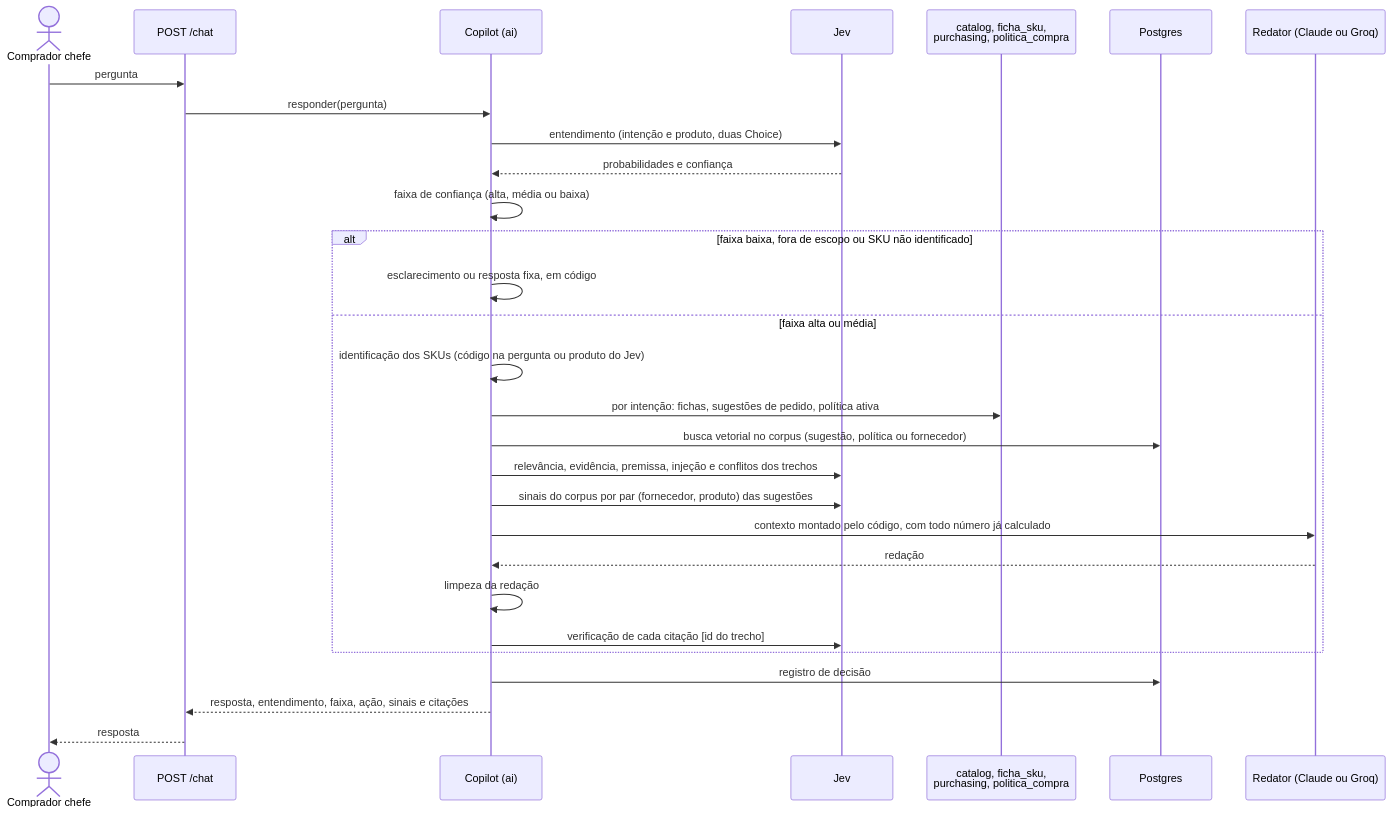
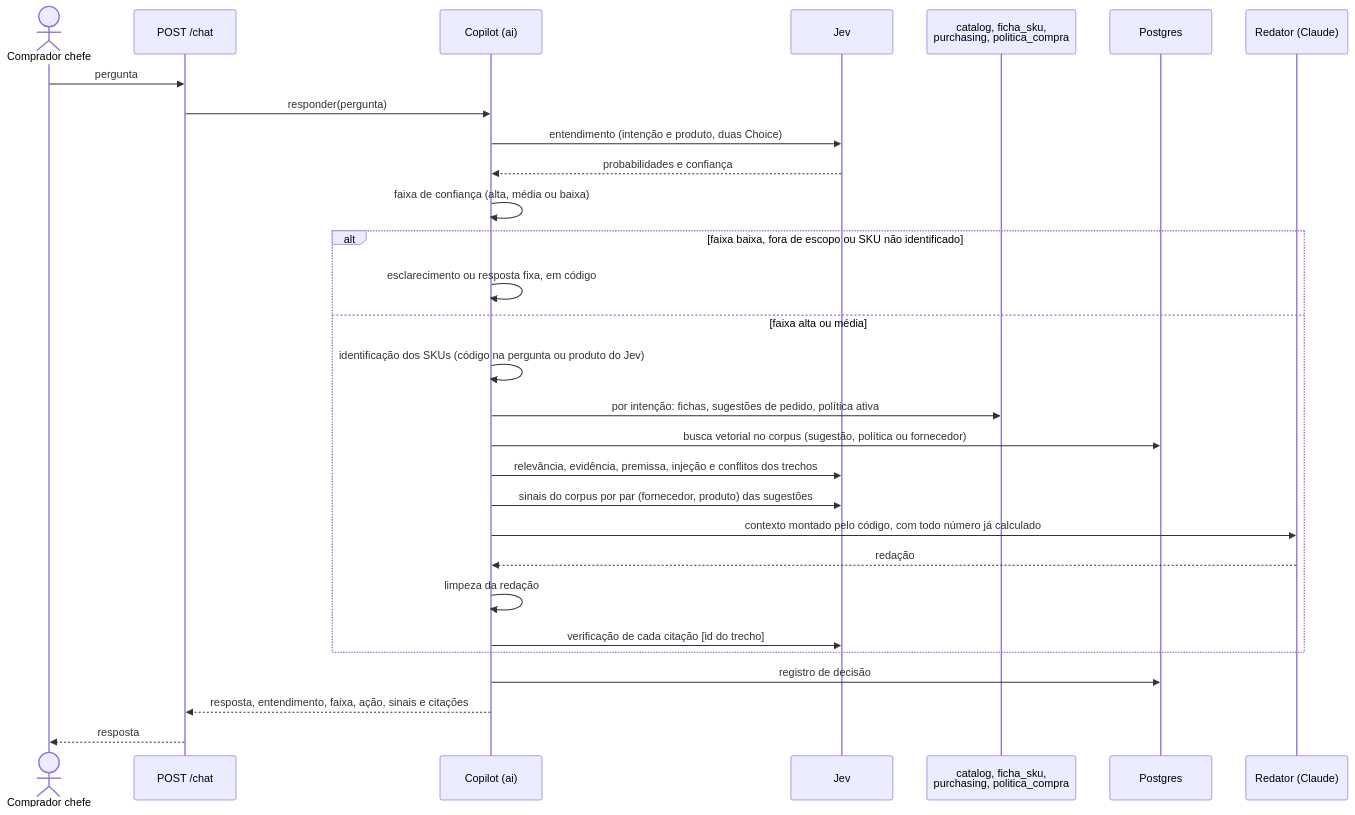
One commit to RodFerraz1/sistema-para-estoque changed the first of 3 diagrams in README.md. Above: the diagram before and after it, drawn with Mermaid. The commit also changed other lines of this file and 21 other files, not shown here.

First line of the commit message:
Remove o redator Groq e usa o Claude Sonnet 5.5 como padrão (fechamento do M8)

````diff
--- a/README.md
+++ b/README.md
@@ -351,32 +347,32 @@
 ```mermaid
 sequenceDiagram
     actor C as Comprador chefe
     participant A as POST /chat
     participant K as Copilot (ai)
     participant J as Jev
     participant D as catalog, ficha_sku,<br/>purchasing, politica_compra
     participant P as Postgres
-    participant R as Redator (Claude ou Groq)
+    participant R as Redator (Claude)
 
     C->>A: pergunta
     A->>K: responder(pergunta)
     K->>J: entendimento (intenção e produto, duas Choice)
     J-->>K: probabilidades e confiança
     K->>K: faixa de confiança (alta, média ou baixa)
     alt faixa baixa, fora de escopo ou SKU não identificado
         K->>K: esclarecimento ou resposta fixa, em código
     else faixa alta ou média
         K->>K: identificação dos SKUs (código na pergunta ou produto do Jev)
         K->>D: por intenção: fichas, sugestões de pedido, política ativa
         K->>P: busca vetorial no corpus (sugestão, política ou fornecedor)
         K->>J: relevância, evidência, premissa, injeção e conflitos dos trechos
         K->>J: sinais do corpus por par (fornecedor, produto) das sugestões
         K->>R: contexto montado pelo código, com todo número já calculado
         R-->>K: redação
         K->>K: limpeza da redação
         K->>J: verificação de cada citação [id do trecho]
     end
     K->>P: registro de decisão
     K-->>A: resposta, entendimento, faixa, ação, sinais e citações
     A-->>C: resposta
 ```
````
